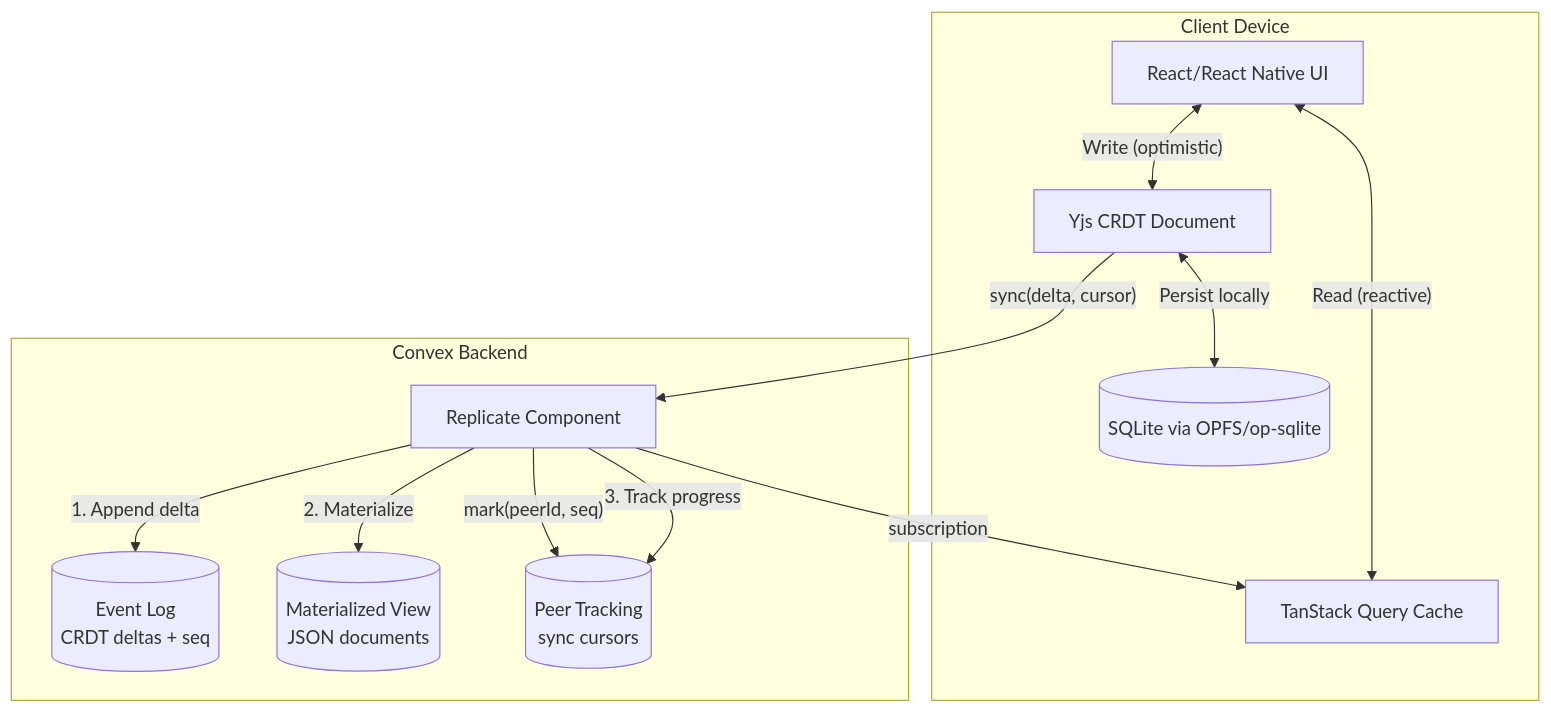
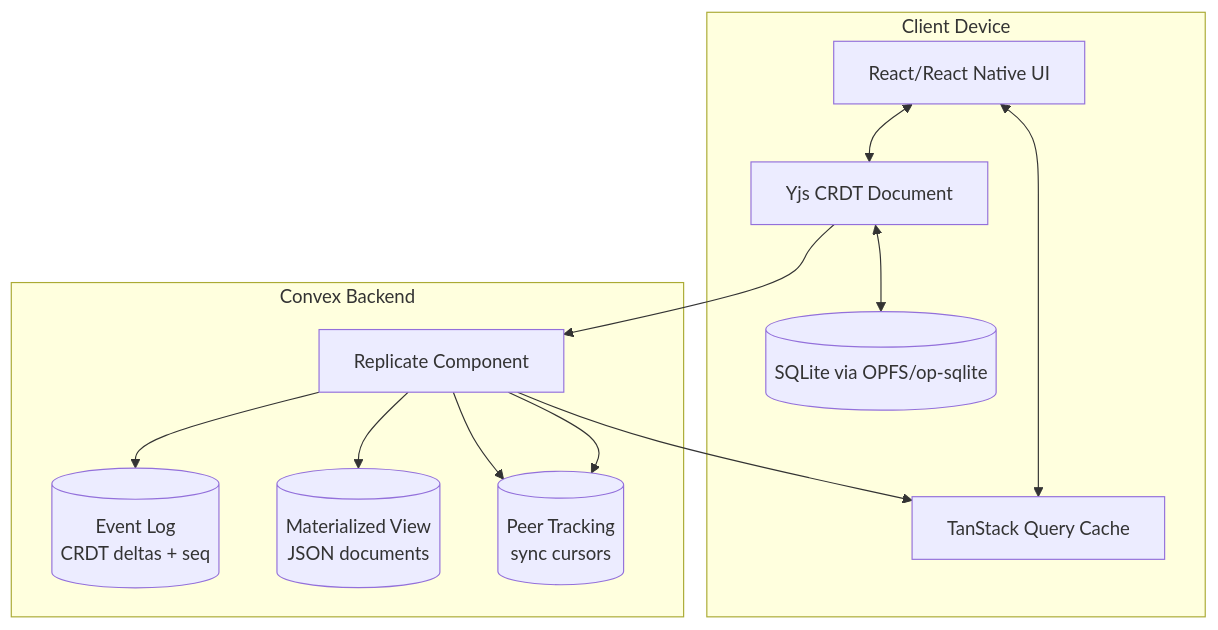
One commit to robelest/robelest changed the tenth of 12 diagrams in journal/2025-12-25-replicate-local-first.md. Above: the diagram before and after it, drawn with Mermaid. The commit also changed other lines of this file and 3 other files, not shown here.

First line of the commit message:
feat: use mermaid-cli for PDF diagram rendering with caching

````diff
--- a/journal/2025-12-25-replicate-local-first.md
+++ b/journal/2025-12-25-replicate-local-first.md
@@ -1122,28 +1121,28 @@
 ```mermaid
 flowchart TB
     subgraph "Client Device"
         UI[React/React Native UI]
         TSQ[TanStack Query Cache]
         YJS[Yjs CRDT Document]
         SQLITE[(SQLite via OPFS/op-sqlite)]
         
-        UI <-->|"Read (reactive)"| TSQ
-        UI <-->|"Write (optimistic)"| YJS
-        YJS <-->|"Persist locally"| SQLITE
+        UI <--> TSQ
+        UI <-->YJS
+        YJS <-->SQLITE
     end
 
     subgraph "Convex Backend"
         COMP[Replicate Component]
         LOG[(Event Log<br/>CRDT deltas + seq)]
         MAT[(Materialized View<br/>JSON documents)]
         PEERS[(Peer Tracking<br/>sync cursors)]
         
-        COMP -->|"1. Append delta"| LOG
-        COMP -->|"2. Materialize"| MAT
-        COMP -->|"3. Track progress"| PEERS
+        COMP -->LOG
+        COMP -->MAT
+        COMP -->PEERS
     end
 
-    YJS -->|"sync(delta, cursor)"| COMP
-    COMP -->|"subscription"| TSQ
-    COMP -->|"mark(peerId, seq)"| PEERS
+    YJS -->COMP
+    COMP -->TSQ
+    COMP -->PEERS
 ```
````
